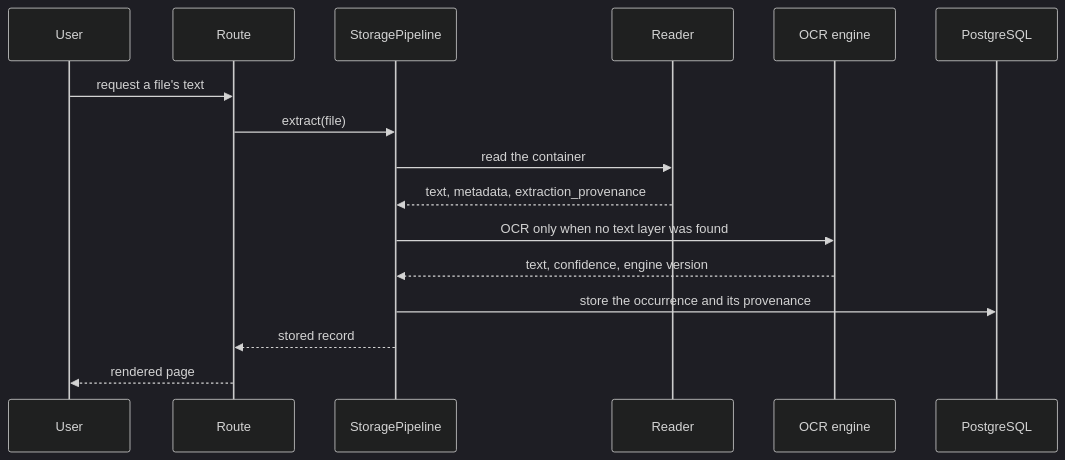
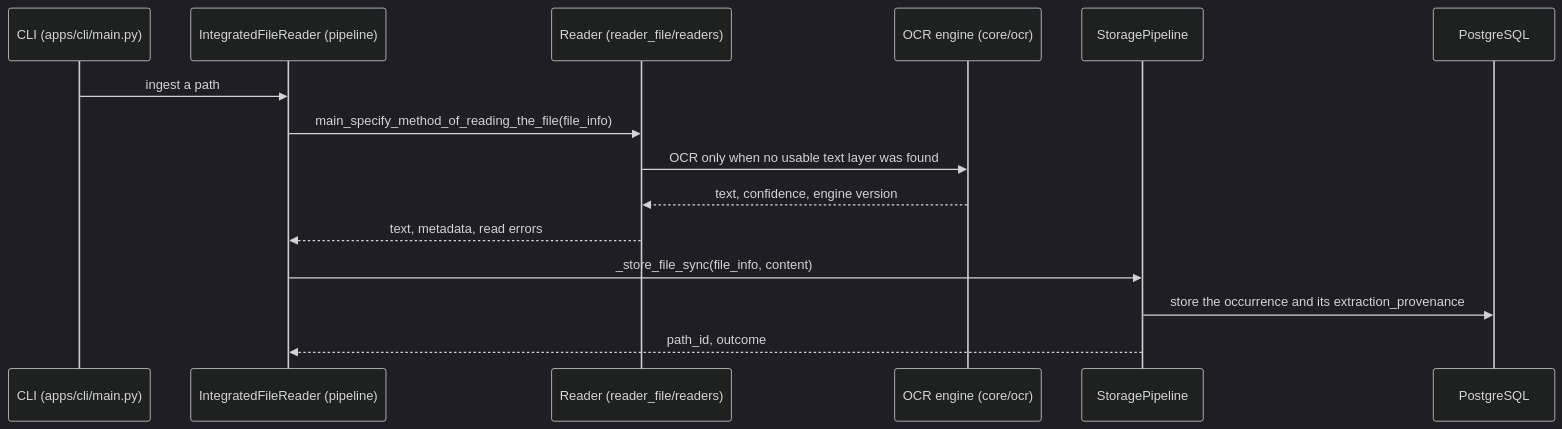
Before and after one commit to RussellTCrivello/SYLTHARAE-Pro: the second of 3 diagrams in docs/ARCHITECTURE.md, drawn with Mermaid (dark theme). The commit also changed other lines of this file and 3 other files, not shown here.

````diff
--- a/docs/ARCHITECTURE.md
+++ b/docs/ARCHITECTURE.md
@@ -26,18 +41,17 @@
 ```mermaid
 sequenceDiagram
-    participant U as User
-    participant R as Route
-    participant P as StoragePipeline
-    participant D as Reader
-    participant O as OCR engine
+    participant C as CLI (apps/cli/main.py)
+    participant P as IntegratedFileReader (pipeline)
+    participant D as Reader (reader_file/readers)
+    participant O as OCR engine (core/ocr)
+    participant S as StoragePipeline
     participant DB as PostgreSQL
-    U->>R: request a file's text
-    R->>P: extract(file)
-    P->>D: read the container
-    D-->>P: text, metadata, extraction_provenance
-    P->>O: OCR only when no text layer was found
-    O-->>P: text, confidence, engine version
-    P->>DB: store the occurrence and its provenance
-    P-->>R: stored record
-    R-->>U: rendered page
+    C->>P: ingest a path
+    P->>D: main_specify_method_of_reading_the_file(file_info)
+    D->>O: OCR only when no usable text layer was found
+    O-->>D: text, confidence, engine version
+    D-->>P: text, metadata, read errors
+    P->>S: _store_file_sync(file_info, content)
+    S->>DB: store the occurrence and its extraction_provenance
+    S-->>P: path_id, outcome
 ```
````
